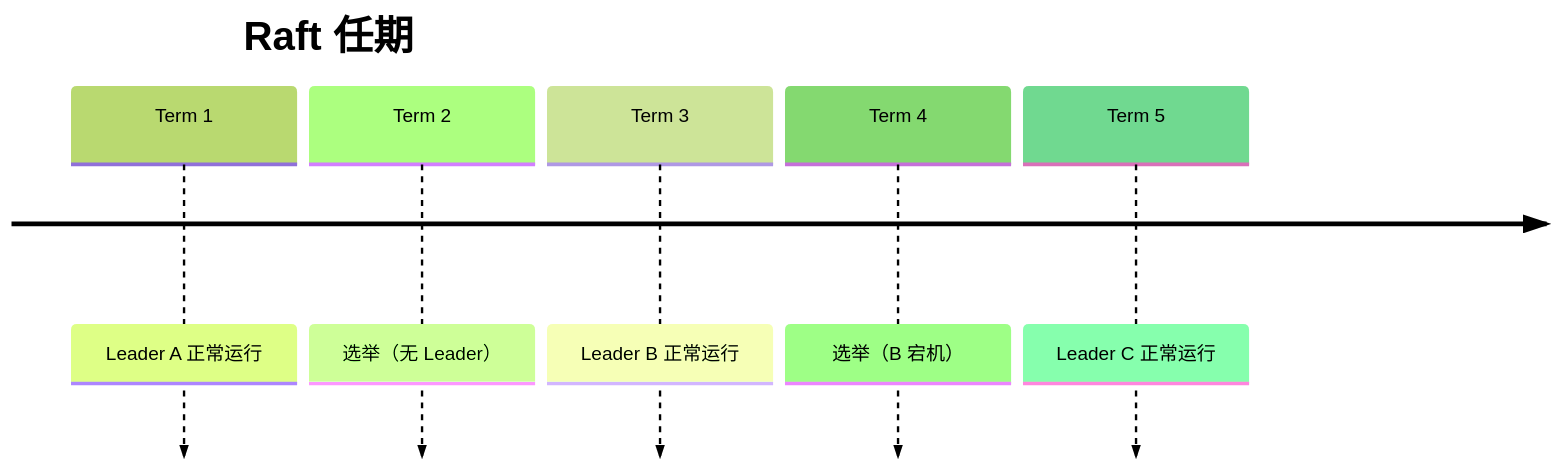
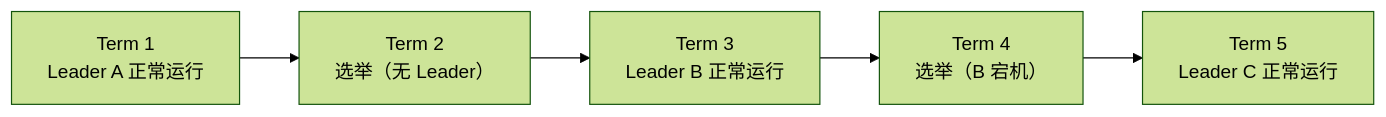
One commit to y-Adrian/LocalBlog changed the first of 4 diagrams in content/分布式系统/共识算法/Raft 原理与工程实现.md. Above: the diagram before and after it, drawn with Mermaid (forest theme). The commit also changed other lines of this file and 43 other files, not shown here.

````diff
--- a/content/分布式系统/共识算法/Raft 原理与工程实现.md
+++ b/content/分布式系统/共识算法/Raft 原理与工程实现.md
@@ -21,9 +21,7 @@
 ```mermaid
-timeline
-  title Raft 任期
-  Term 1 : Leader A 正常运行
-  Term 2 : 选举（无 Leader）
-  Term 3 : Leader B 正常运行
-  Term 4 : 选举（B 宕机）
-  Term 5 : Leader C 正常运行
+flowchart LR
+  T1[Term 1<br/>Leader A 正常运行] --> T2[Term 2<br/>选举（无 Leader）]
+  T2 --> T3[Term 3<br/>Leader B 正常运行]
+  T3 --> T4[Term 4<br/>选举（B 宕机）]
+  T4 --> T5[Term 5<br/>Leader C 正常运行]
 ```
````
